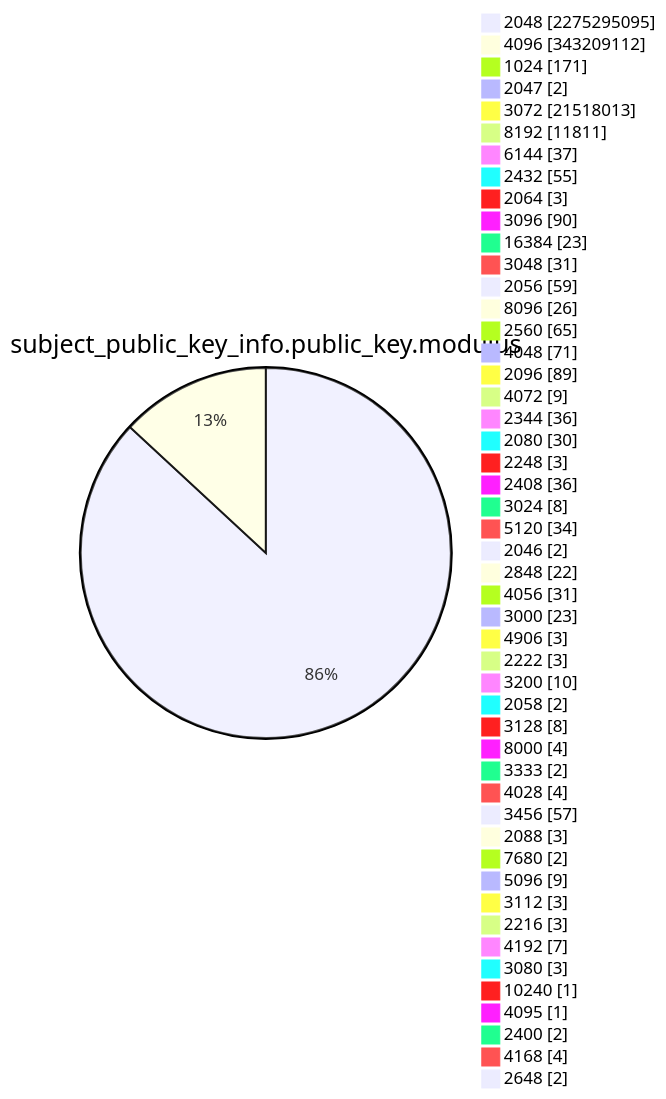
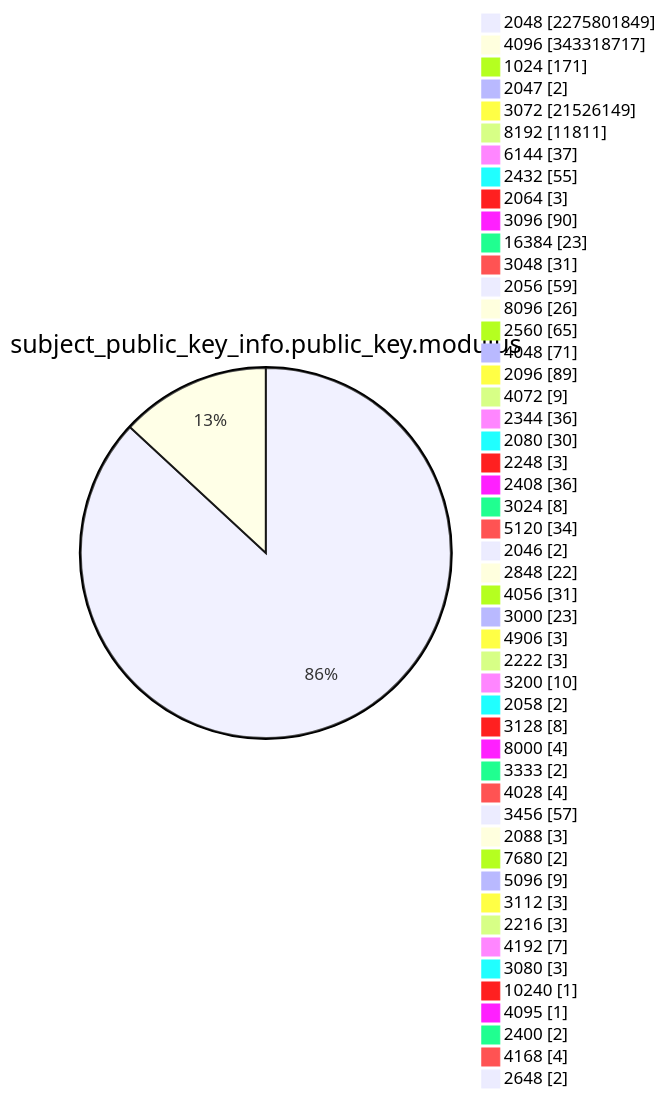
Diagram 13 of 15 in TOTAL/README.md (christiankrug/ctmonitor_visualization), drawn with Mermaid before and after one commit. The commit also changed other lines of this file, not shown here.

````diff
--- a/TOTAL/README.md
+++ b/TOTAL/README.md
@@ -4167,53 +4167,53 @@
 ```mermaid
 pie showData
 title subject_public_key_info.public_key.modulus
-"2048" :2275295095
-"4096" :343209112
+"2048" :2275801849
+"4096" :343318717
 "1024" :171
 "2047" :2
-"3072" :21518013
+"3072" :21526149
 "8192" :11811
 "6144" :37
 "2432" :55
 "2064" :3
 "3096" :90
 "16384" :23
 "3048" :31
 "2056" :59
 "8096" :26
 "2560" :65
 "4048" :71
 "2096" :89
 "4072" :9
 "2344" :36
 "2080" :30
 "2248" :3
 "2408" :36
 "3024" :8
 "5120" :34
 "2046" :2
 "2848" :22
 "4056" :31
 "3000" :23
 "4906" :3
 "2222" :3
 "3200" :10
 "2058" :2
 "3128" :8
 "8000" :4
 "3333" :2
 "4028" :4
 "3456" :57
 "2088" :3
 "7680" :2
 "5096" :9
 "3112" :3
 "2216" :3
 "4192" :7
 "3080" :3
 "10240" :1
 "4095" :1
 "2400" :2
 "4168" :4
 "2648" :2
 ```
````
